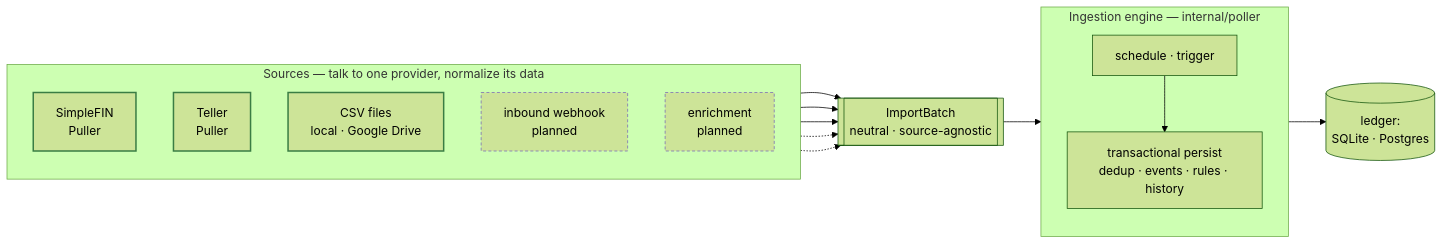
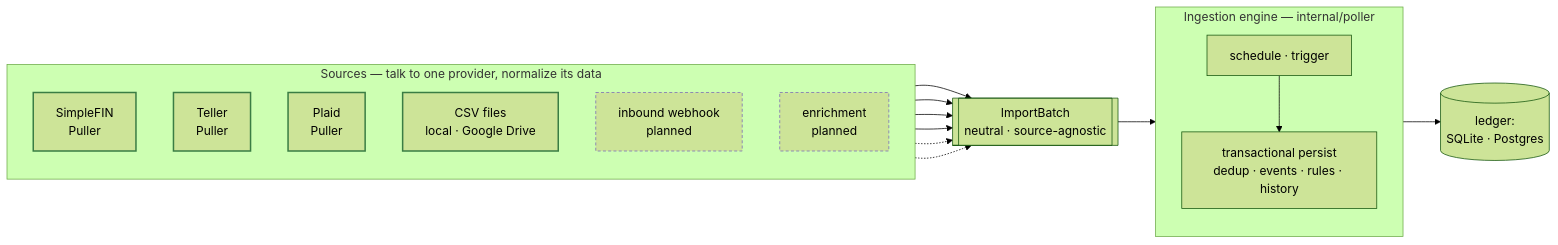
Before and after one commit to paulmeier/kasas: the diagram in docs/architecture/ingestion.md, drawn with Mermaid (forest theme). The commit also changed other lines of this file and 11 other files, not shown here.

````diff
--- a/docs/architecture/ingestion.md
+++ b/docs/architecture/ingestion.md
@@ -20,31 +21,33 @@
 ```mermaid
 flowchart LR
     subgraph srcs["Sources — talk to one provider, normalize its data"]
         direction TB
         SF[SimpleFIN<br/>Puller]:::live
         TL[Teller<br/>Puller]:::live
+        PL[Plaid<br/>Puller]:::live
         CSV[CSV files<br/>local · Google Drive]:::live
         WHK[inbound webhook<br/>planned]:::soon
         ENR[enrichment<br/>planned]:::soon
     end
 
     BATCH[["ImportBatch<br/>neutral · source-agnostic"]]
 
     subgraph eng["Ingestion engine — internal/poller"]
         direction TB
         SCHED[schedule · trigger]
         PERSIST["transactional persist<br/>dedup · events · rules · history"]
         SCHED --> PERSIST
     end
 
     SF --> BATCH
     TL --> BATCH
+    PL --> BATCH
     CSV --> BATCH
     WHK -.-> BATCH
     ENR -.-> BATCH
     BATCH --> eng
     eng --> DB[(ledger:<br/>SQLite · Postgres)]
 
     classDef live stroke:#3a7d44,stroke-width:2px;
     classDef soon stroke:#7a68b8,stroke-width:1px,stroke-dasharray:4 3;
 ```
````
